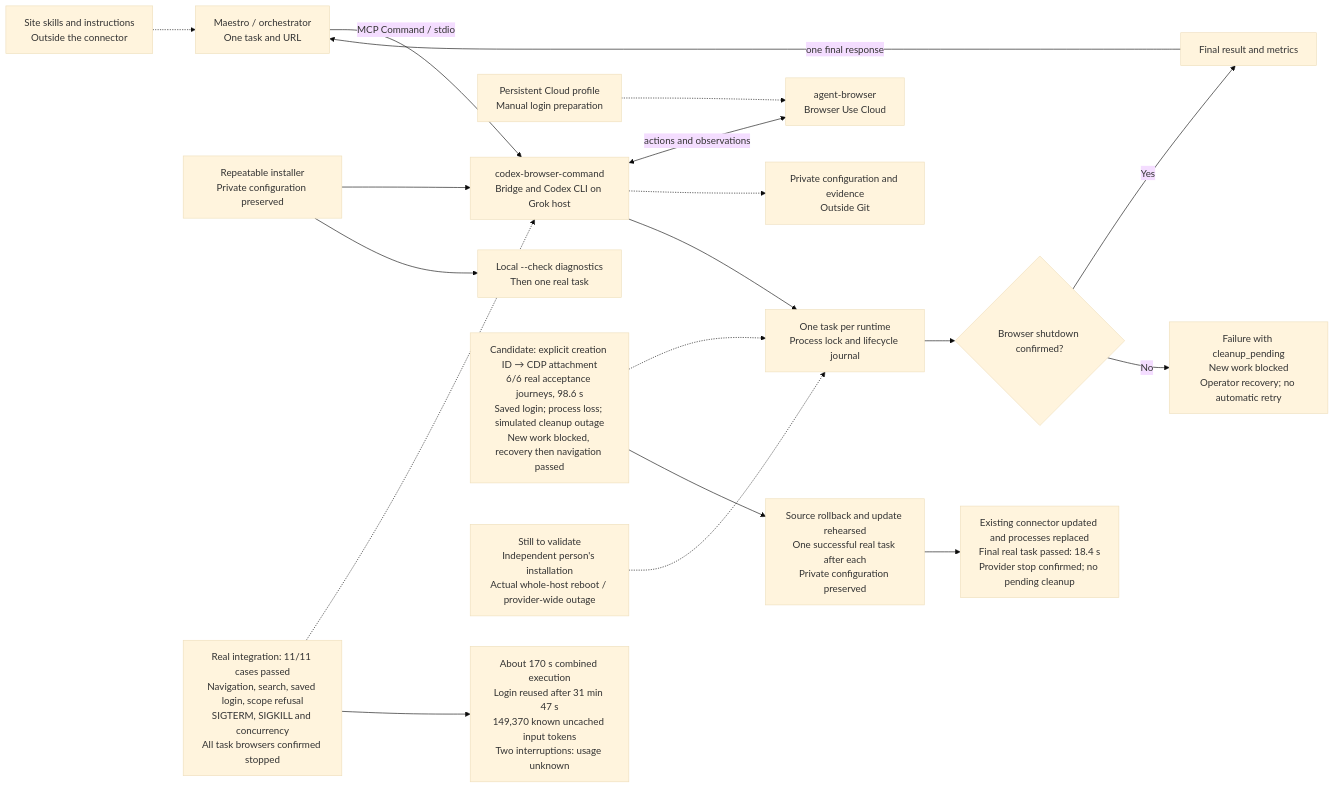
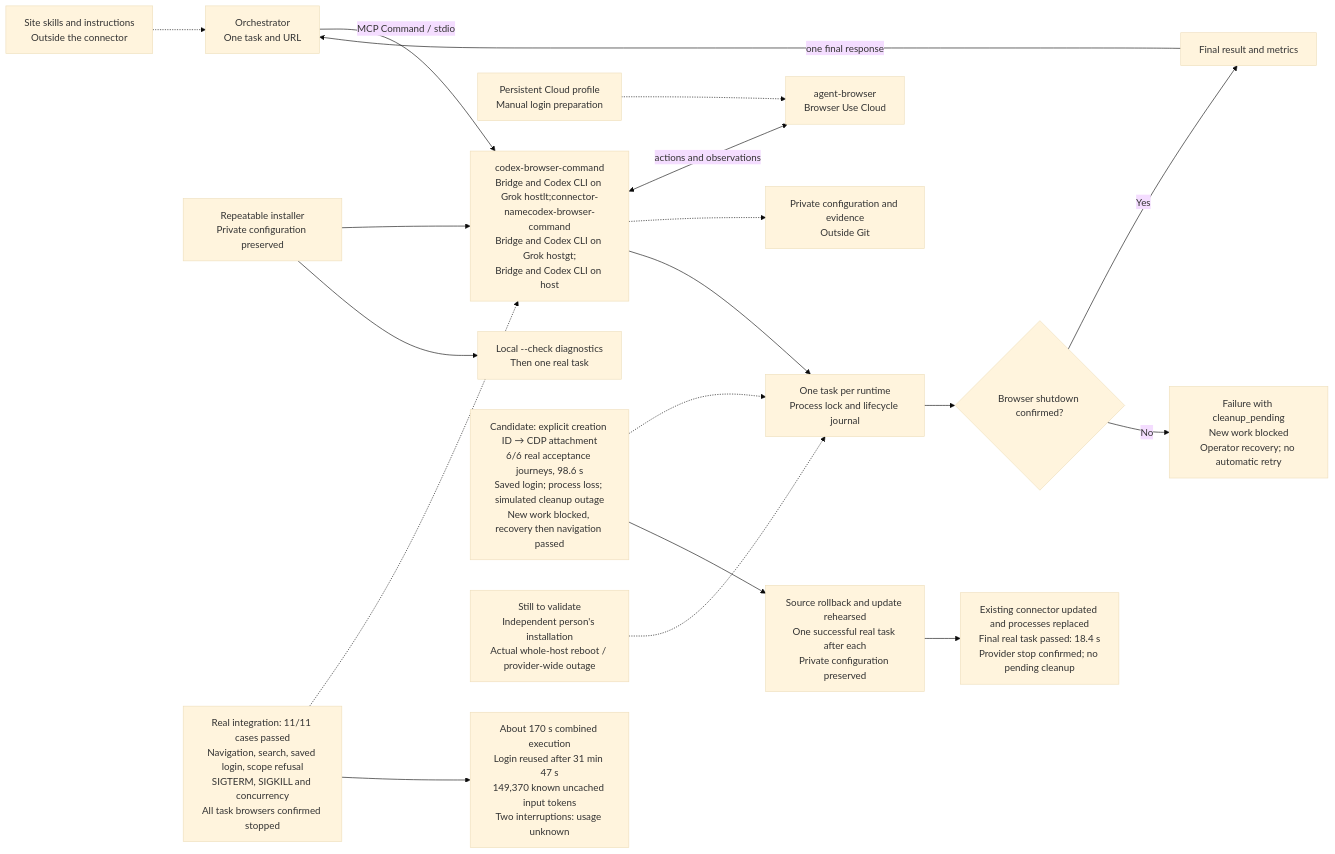
The diagram in docs/architecture.mmd (holive/codex-browser-bridge), drawn with Mermaid (base theme) before and after one commit. The commit also changed 4 other files, not shown here.

```diff
--- a/docs/architecture.mmd
+++ b/docs/architecture.mmd
@@ -1,19 +1,19 @@
 flowchart LR
-    K["Site skills and instructions<br/>Outside the connector"] -.-> O["Maestro / orchestrator<br/>One task and URL"]
-    O -->|MCP Command / stdio| G["codex-browser-command<br/>Bridge and Codex CLI on Grok host"]
+    K["Site skills and instructions<br/>Outside the connector"] -.-> O["Orchestrator<br/>One task and URL"]
+    O -->|MCP Command / stdio| G["codex-browser-command<br/>Bridge and Codex CLI on Grok hostlt;connector-namecodex-browser-command<br/>Bridge and Codex CLI on Grok hostgt;<br/>Bridge and Codex CLI on host"]
     G <-->|actions and observations| B["agent-browser<br/>Browser Use Cloud"]
     P["Persistent Cloud profile<br/>Manual login preparation"] -.-> B
     G -.-> L["Private configuration and evidence<br/>Outside Git"]
     G --> H["One task per runtime<br/>Process lock and lifecycle journal"]
     H --> U{"Browser shutdown confirmed?"}
     U -->|Yes| C["Final result and metrics"]
     C -->|one final response| O
     U -->|No| X["Failure with cleanup_pending<br/>New work blocked<br/>Operator recovery; no automatic retry"]
     S["Repeatable installer<br/>Private configuration preserved"] --> G
     S --> D["Local --check diagnostics<br/>Then one real task"]
     R["Real integration: 11/11 cases passed<br/>Navigation, search, saved login, scope refusal<br/>SIGTERM, SIGKILL and concurrency<br/>All task browsers confirmed stopped"] -.-> G
     R --> I["About 170 s combined execution<br/>Login reused after 31 min 47 s<br/>149,370 known uncached input tokens<br/>Two interruptions: usage unknown"]
     E["Candidate: explicit creation ID → CDP attachment<br/>6/6 real acceptance journeys, 98.6 s<br/>Saved login; process loss; simulated cleanup outage<br/>New work blocked, recovery then navigation passed"] -.-> H
     E --> V["Source rollback and update rehearsed<br/>One successful real task after each<br/>Private configuration preserved"]
     V --> F["Existing connector updated and processes replaced<br/>Final real task passed: 18.4 s<br/>Provider stop confirmed; no pending cleanup"]
     Q["Still to validate<br/>Independent person's installation<br/>Actual whole-host reboot / provider-wide outage"] -.-> H
```
